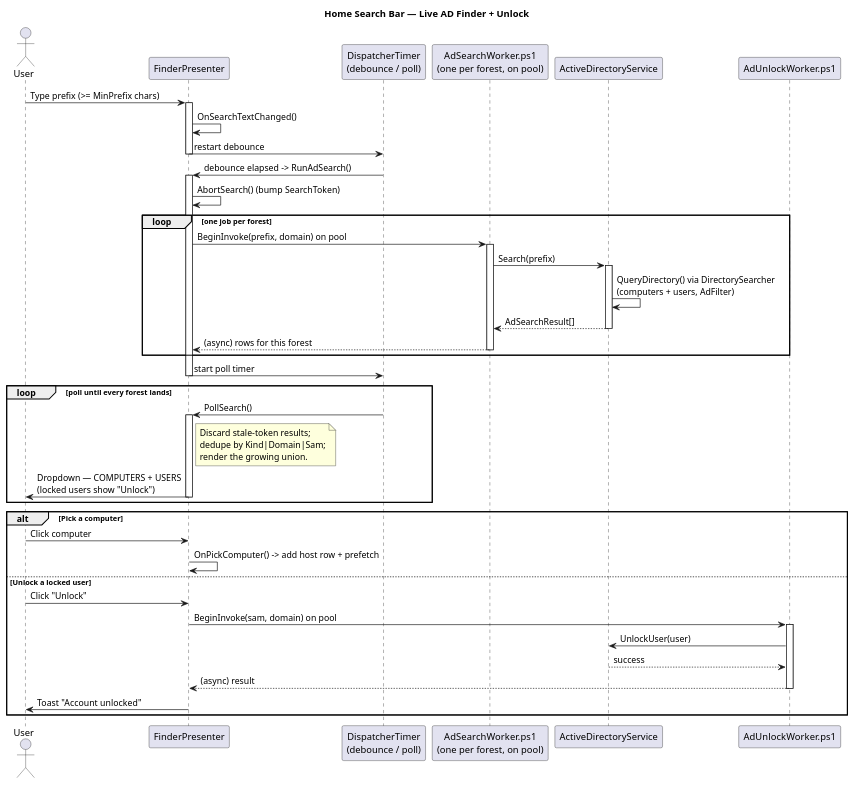
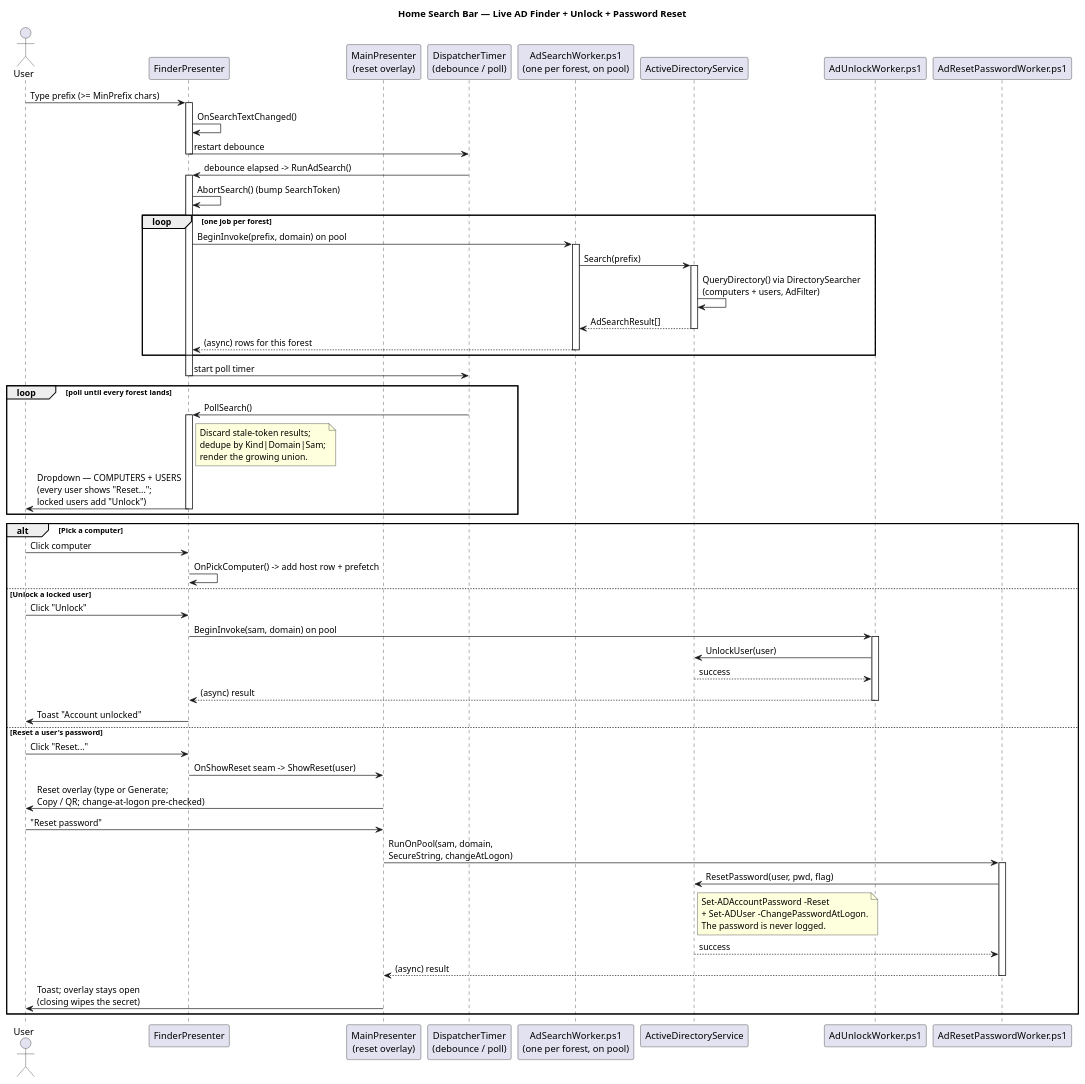
The diagram in docs/diagrams/ad_finder_sequence_diagram.puml (Danial-Changez/DONUT), drawn with PlantUML before and after one commit. The commit also changed 3 other files, not shown here.

First line of the commit message:
docs: diagrams catch up - AD reset, Settings rename, ViewLoader, live reachability

```diff
--- a/docs/diagrams/ad_finder_sequence_diagram.puml
+++ b/docs/diagrams/ad_finder_sequence_diagram.puml
@@ -1,55 +1,70 @@
 @startuml ad_finder_sequence_diagram
-title Home Search Bar — Live AD Finder + Unlock
+title Home Search Bar — Live AD Finder + Unlock + Password Reset
 
 actor User
 participant "FinderPresenter" as Presenter
+participant "MainPresenter\n(reset overlay)" as Shell
 participant "DispatcherTimer\n(debounce / poll)" as Timer
 participant "AdSearchWorker.ps1\n(one per forest, on pool)" as Worker
 participant "ActiveDirectoryService" as AD
 participant "AdUnlockWorker.ps1" as Unlock
+participant "AdResetPasswordWorker.ps1" as Reset
 
 User -> Presenter: Type prefix (>= MinPrefix chars)
 activate Presenter
 Presenter -> Presenter: OnSearchTextChanged()
 Presenter -> Timer: restart debounce
 deactivate Presenter
 
 Timer -> Presenter: debounce elapsed -> RunAdSearch()
 activate Presenter
 Presenter -> Presenter: AbortSearch() (bump SearchToken)
 loop one job per forest
     Presenter -> Worker: BeginInvoke(prefix, domain) on pool
     activate Worker
     Worker -> AD: Search(prefix)
     activate AD
     AD -> AD: QueryDirectory() via DirectorySearcher\n(computers + users, AdFilter)
     AD --> Worker: AdSearchResult[]
     deactivate AD
     Worker --> Presenter: (async) rows for this forest
     deactivate Worker
 end
 Presenter -> Timer: start poll timer
 deactivate Presenter
 
 loop poll until every forest lands
     Timer -> Presenter: PollSearch()
     activate Presenter
     note right of Presenter: Discard stale-token results;\ndedupe by Kind|Domain|Sam;\nrender the growing union.
-    Presenter -> User: Dropdown — COMPUTERS + USERS\n(locked users show "Unlock")
+    Presenter -> User: Dropdown — COMPUTERS + USERS\n(every user shows "Reset...";\nlocked users add "Unlock")
     deactivate Presenter
 end
 
 alt Pick a computer
     User -> Presenter: Click computer
     Presenter -> Presenter: OnPickComputer() -> add host row + prefetch
 else Unlock a locked user
     User -> Presenter: Click "Unlock"
     Presenter -> Unlock: BeginInvoke(sam, domain) on pool
     activate Unlock
     Unlock -> AD: UnlockUser(user)
     AD --> Unlock: success
     Unlock --> Presenter: (async) result
     deactivate Unlock
     Presenter -> User: Toast "Account unlocked"
+else Reset a user's password
+    User -> Presenter: Click "Reset..."
+    Presenter -> Shell: OnShowReset seam -> ShowReset(user)
+    Shell -> User: Reset overlay (type or Generate;\nCopy / QR; change-at-logon pre-checked)
+    User -> Shell: "Reset password"
+    Shell -> Reset: RunOnPool(sam, domain,\nSecureString, changeAtLogon)
+    activate Reset
+    Reset -> AD: ResetPassword(user, pwd, flag)
+    note right of AD: Set-ADAccountPassword -Reset\n+ Set-ADUser -ChangePasswordAtLogon.\nThe password is never logged.
+    AD --> Reset: success
+    Reset --> Shell: (async) result
+    deactivate Reset
+    Shell -> User: Toast; overlay stays open\n(closing wipes the secret)
 end
 @enduml
```
